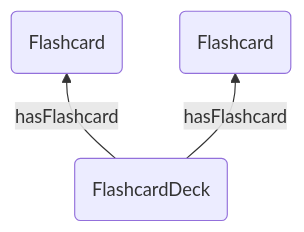
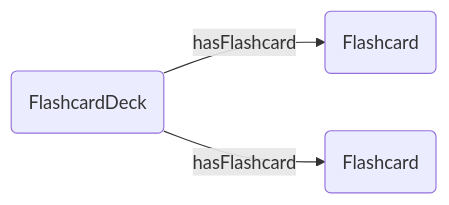
One commit to Explik/diybirdyapp changed the fourth of 10 diagrams in docs/graph-representation.md. Above: the diagram before and after it, drawn with Mermaid. The commit also changed other lines of this file, not shown here.

Commit message:
Updating graph representation prior to development

````diff
--- a/docs/graph-representation.md
+++ b/docs/graph-representation.md
@@ -44,8 +44,8 @@
 ```mermaid
-graph BT
+graph LR
 V1(FlashcardDeck)
 V2(Flashcard)
 V3(Flashcard)
 V1--hasFlashcard-->V2
 V1--hasFlashcard-->V3
 ```
````
